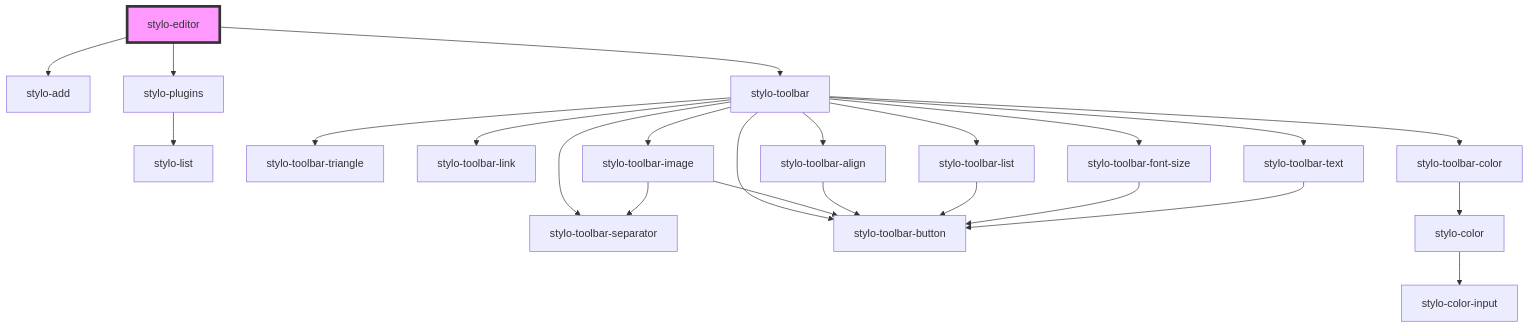
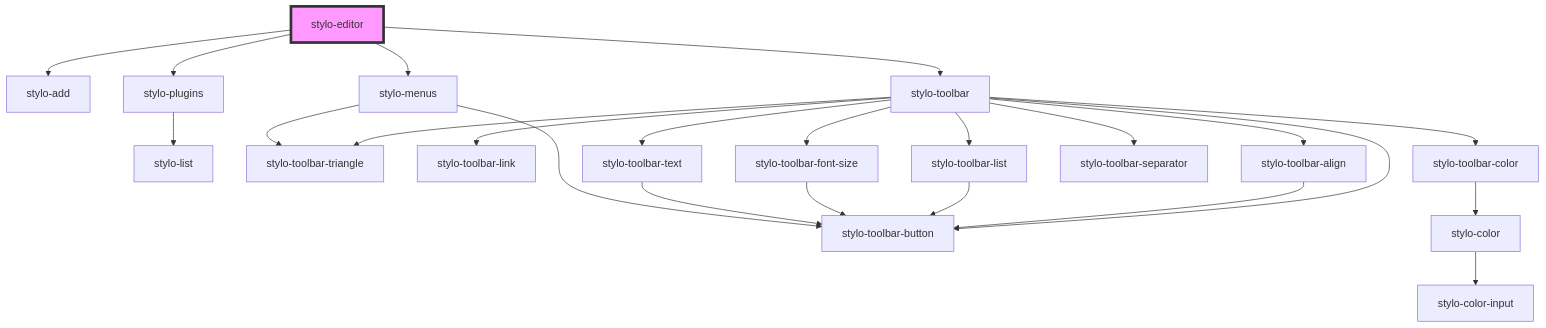
Before and after one commit to peterpeterparker/stylo: the diagram in src/components/editor/readme.md, drawn with Mermaid. The commit also changed other lines of this file and 107 other files, not shown here.

````diff
--- a/src/components/editor/readme.md
+++ b/src/components/editor/readme.md
@@ -22,26 +23,26 @@
 ```mermaid
 graph TD;
   stylo-editor --> stylo-add
   stylo-editor --> stylo-plugins
   stylo-editor --> stylo-toolbar
+  stylo-editor --> stylo-menus
   stylo-plugins --> stylo-list
   stylo-toolbar --> stylo-toolbar-triangle
   stylo-toolbar --> stylo-toolbar-link
   stylo-toolbar --> stylo-toolbar-color
-  stylo-toolbar --> stylo-toolbar-image
   stylo-toolbar --> stylo-toolbar-align
   stylo-toolbar --> stylo-toolbar-list
   stylo-toolbar --> stylo-toolbar-font-size
   stylo-toolbar --> stylo-toolbar-separator
   stylo-toolbar --> stylo-toolbar-button
   stylo-toolbar --> stylo-toolbar-text
   stylo-toolbar-color --> stylo-color
   stylo-color --> stylo-color-input
-  stylo-toolbar-image --> stylo-toolbar-button
-  stylo-toolbar-image --> stylo-toolbar-separator
   stylo-toolbar-align --> stylo-toolbar-button
   stylo-toolbar-list --> stylo-toolbar-button
   stylo-toolbar-font-size --> stylo-toolbar-button
   stylo-toolbar-text --> stylo-toolbar-button
+  stylo-menus --> stylo-toolbar-triangle
+  stylo-menus --> stylo-toolbar-button
   style stylo-editor fill:#f9f,stroke:#333,stroke-width:4px
 ```
````
